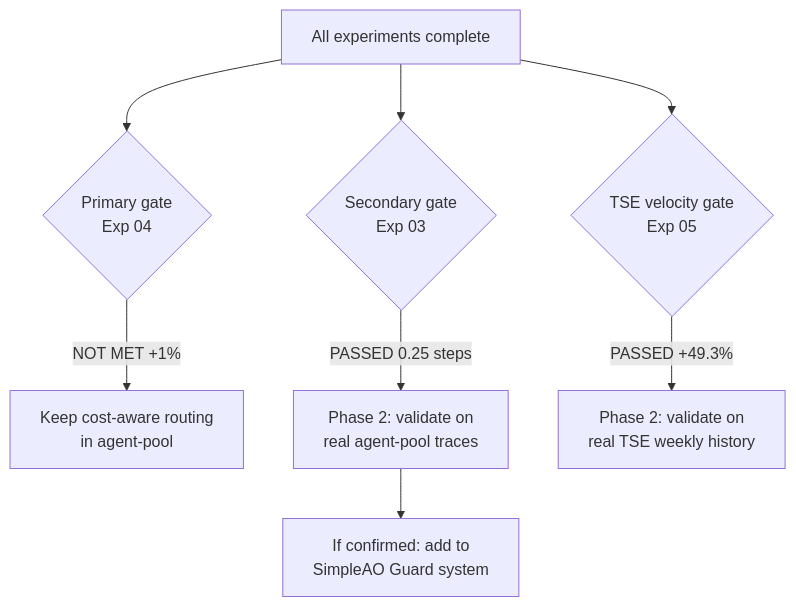
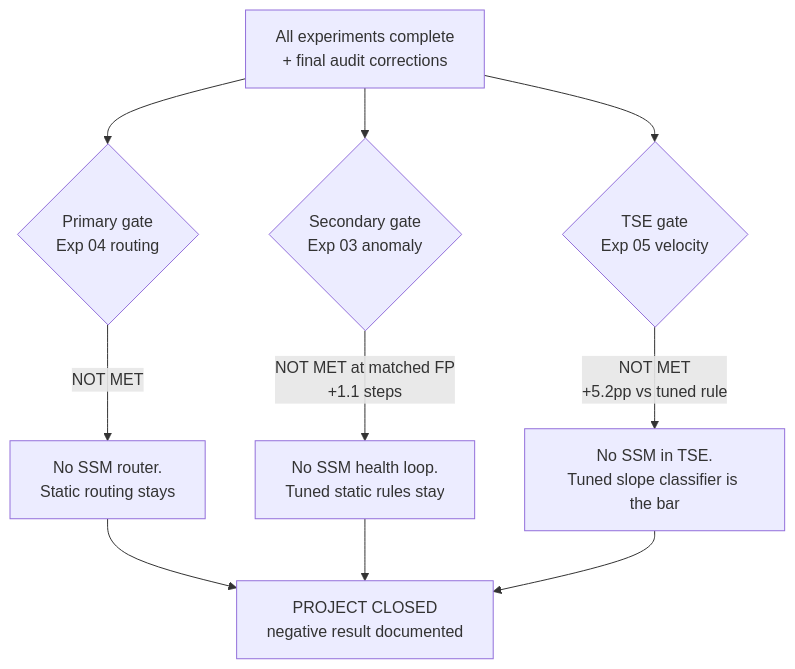
Before and after one commit to tarazum/mamba-playground: the third of 3 diagrams in docs/experiment_results_analysis.md, drawn with Mermaid. The commit also changed other lines of this file and 13 other files, not shown here.

First line of the commit message:
final audit: fix baselines and methodology; all gates NOT MET; project closed

````diff
--- a/docs/experiment_results_analysis.md
+++ b/docs/experiment_results_analysis.md
@@ -217,10 +258,12 @@
 ```mermaid
 flowchart TD
-    A[All experiments complete] --> B{Primary gate\nExp 04}
-    B -->|NOT MET +1%| C[Keep cost-aware routing\nin agent-pool]
-    A --> D{Secondary gate\nExp 03}
-    D -->|PASSED 0.25 steps| E[Phase 2: validate on\nreal agent-pool traces]
-    E --> F[If confirmed: add to\nSimpleAO Guard system]
-    A --> G{TSE velocity gate\nExp 05}
-    G -->|PASSED +49.3%| H[Phase 2: validate on\nreal TSE weekly history]
+    A[All experiments complete\n+ final audit corrections] --> B{Primary gate\nExp 04 routing}
+    B -->|NOT MET| C[No SSM router.\nStatic routing stays]
+    A --> D{Secondary gate\nExp 03 anomaly}
+    D -->|NOT MET at matched FP\n+1.1 steps| E[No SSM health loop.\nTuned static rules stay]
+    A --> F{TSE gate\nExp 05 velocity}
+    F -->|NOT MET\n+5.2pp vs tuned rule| G[No SSM in TSE.\nTuned slope classifier is the bar]
+    C --> H[PROJECT CLOSED\nnegative result documented]
+    E --> H
+    G --> H
 ```
````
